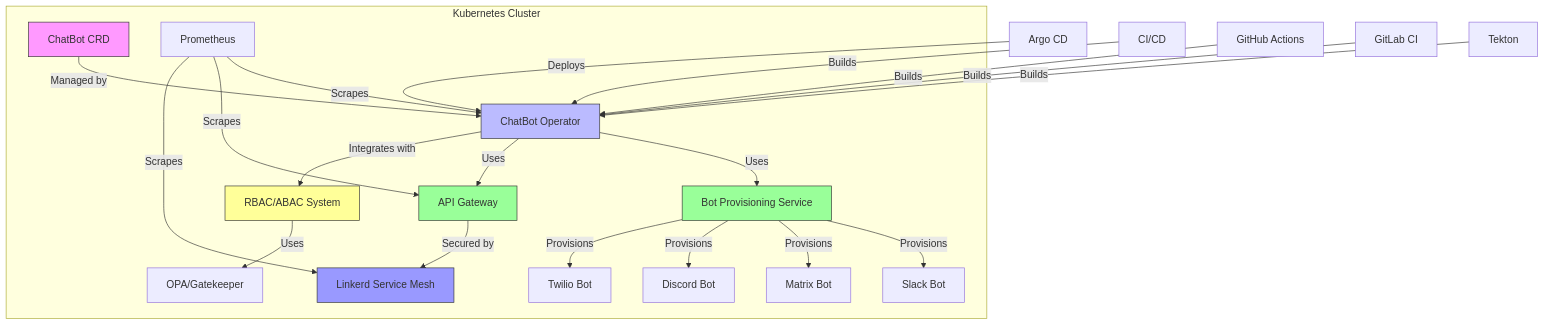
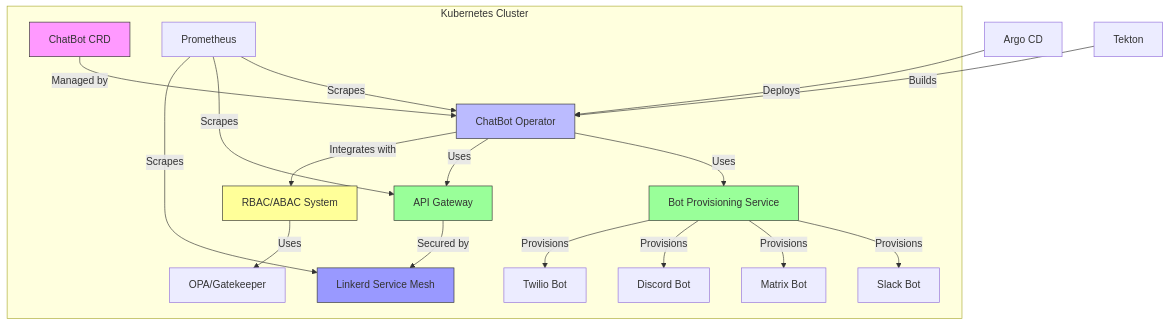
The second of 17 diagrams in docs/diagrams.md (FruityWelsh/bot-maker), drawn with Mermaid before and after one commit. The commit also changed other lines of this file and 8 other files, not shown here.

````diff
--- a/docs/diagrams.md
+++ b/docs/diagrams.md
@@ -79,34 +79,31 @@
 ```mermaid
 graph TD
     subgraph Kubernetes Cluster
         A[ChatBot CRD] -->|Managed by| B[ChatBot Operator]
         B -->|Uses| C[Bot Provisioning Service]
         B -->|Uses| D[API Gateway]
         B -->|Integrates with| E[RBAC/ABAC System]
         
         C -->|Provisions| F[Slack Bot]
         C -->|Provisions| G[Matrix Bot]
         C -->|Provisions| H[Discord Bot]
         C -->|Provisions| I[Twilio Bot]
         
         D -->|Secured by| J[Linkerd Service Mesh]
         E -->|Uses| K[OPA/Gatekeeper]
         
         L[Prometheus] -->|Scrapes| B
         L -->|Scrapes| D
         L -->|Scrapes| J
     end
     
     M[Argo CD] -->|Deploys| B
-    N[CI/CD] -->|Builds| B
-    O[GitHub Actions] -->|Builds| B
-    P[GitLab CI] -->|Builds| B
-    Q[Tekton] -->|Builds| B
+    N[Tekton] -->|Builds| B
     
     style A fill:#f9f,stroke:#333
     style B fill:#bbf,stroke:#333
     style C fill:#9f9,stroke:#333
     style D fill:#9f9,stroke:#333
     style E fill:#ff9,stroke:#333
     style J fill:#99f,stroke:#333
 ```
````
